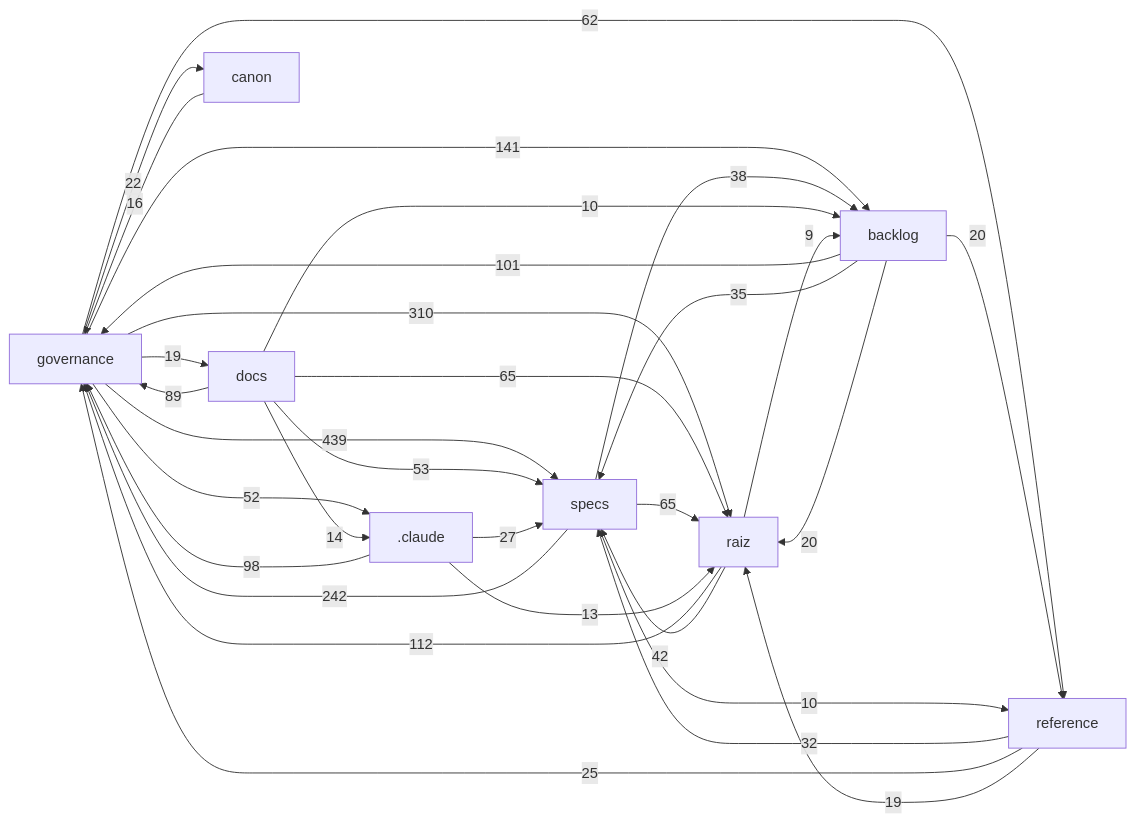
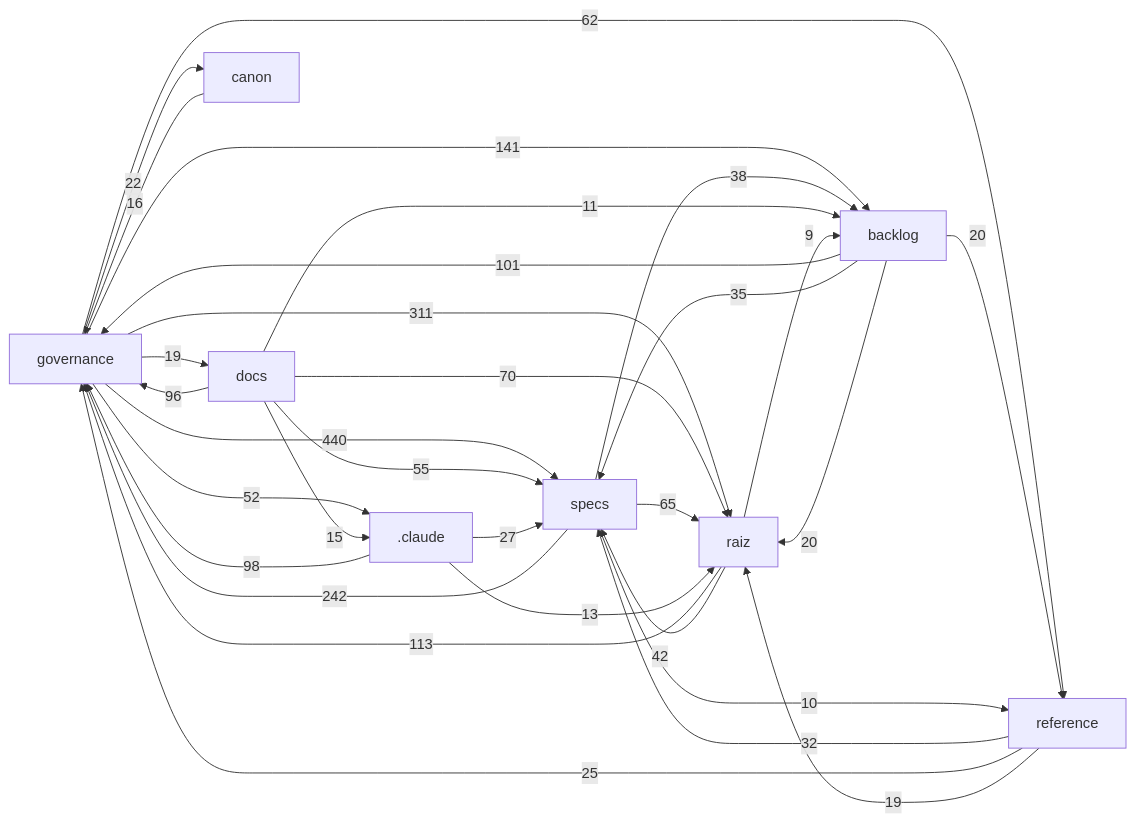
The diagram in docs/mapa/MAPA-PROJETO.md (Andraus35/Sistema-Operacional-de-Trading--SOT), drawn with Mermaid before and after one commit. The commit also changed other lines of this file and 4 other files, not shown here.

````diff
--- a/docs/mapa/MAPA-PROJETO.md
+++ b/docs/mapa/MAPA-PROJETO.md
@@ -29,33 +29,33 @@
 ```mermaid
 flowchart LR
-  governance["governance"] -->|439| specs["specs"]
-  governance["governance"] -->|310| raiz["raiz"]
+  governance["governance"] -->|440| specs["specs"]
+  governance["governance"] -->|311| raiz["raiz"]
   specs["specs"] -->|242| governance["governance"]
   governance["governance"] -->|141| backlog["backlog"]
-  raiz["raiz"] -->|112| governance["governance"]
+  raiz["raiz"] -->|113| governance["governance"]
   backlog["backlog"] -->|101| governance["governance"]
   _claude[".claude"] -->|98| governance["governance"]
-  docs["docs"] -->|89| governance["governance"]
-  docs["docs"] -->|65| raiz["raiz"]
+  docs["docs"] -->|96| governance["governance"]
+  docs["docs"] -->|70| raiz["raiz"]
   specs["specs"] -->|65| raiz["raiz"]
   governance["governance"] -->|62| reference["reference"]
-  docs["docs"] -->|53| specs["specs"]
+  docs["docs"] -->|55| specs["specs"]
   governance["governance"] -->|52| _claude[".claude"]
   raiz["raiz"] -->|42| specs["specs"]
   specs["specs"] -->|38| backlog["backlog"]
   backlog["backlog"] -->|35| specs["specs"]
   reference["reference"] -->|32| specs["specs"]
   _claude[".claude"] -->|27| specs["specs"]
   reference["reference"] -->|25| governance["governance"]
   governance["governance"] -->|22| canon["canon"]
   backlog["backlog"] -->|20| raiz["raiz"]
   backlog["backlog"] -->|20| reference["reference"]
   governance["governance"] -->|19| docs["docs"]
   reference["reference"] -->|19| raiz["raiz"]
   canon["canon"] -->|16| governance["governance"]
-  docs["docs"] -->|14| _claude[".claude"]
+  docs["docs"] -->|15| _claude[".claude"]
   _claude[".claude"] -->|13| raiz["raiz"]
-  docs["docs"] -->|10| backlog["backlog"]
+  docs["docs"] -->|11| backlog["backlog"]
   specs["specs"] -->|10| reference["reference"]
   raiz["raiz"] -->|9| backlog["backlog"]
 ```
````
